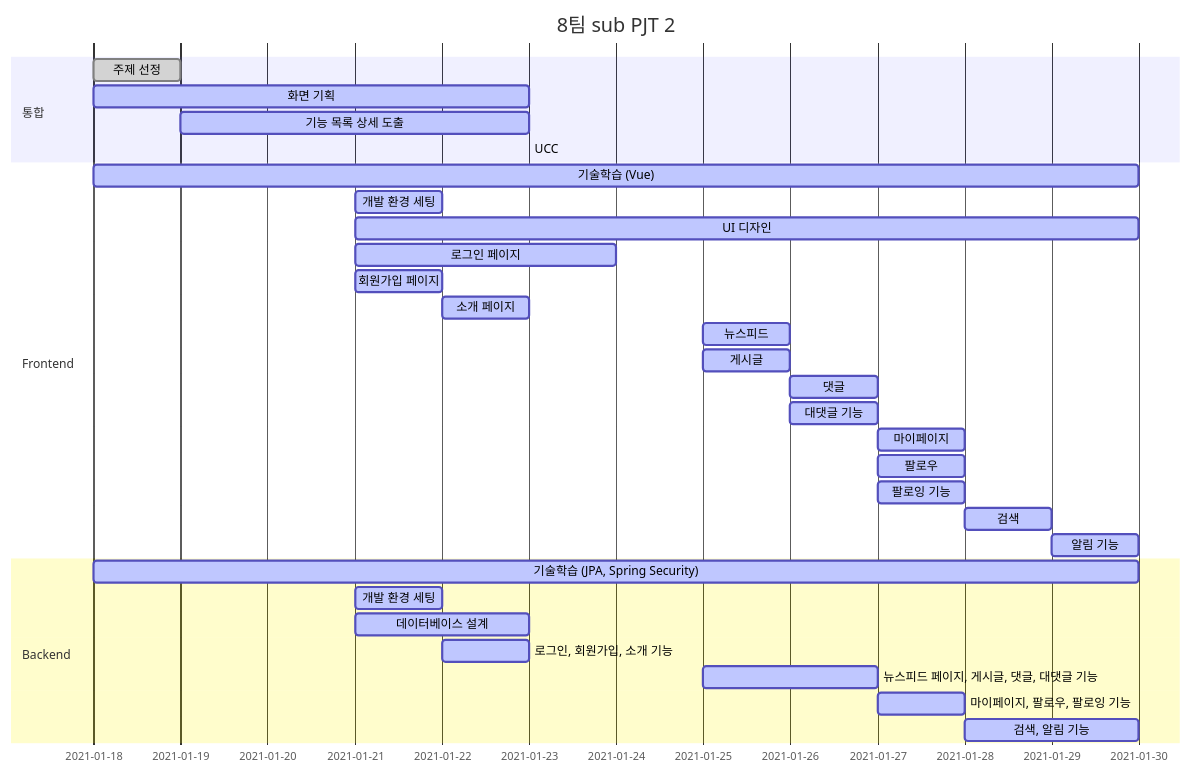
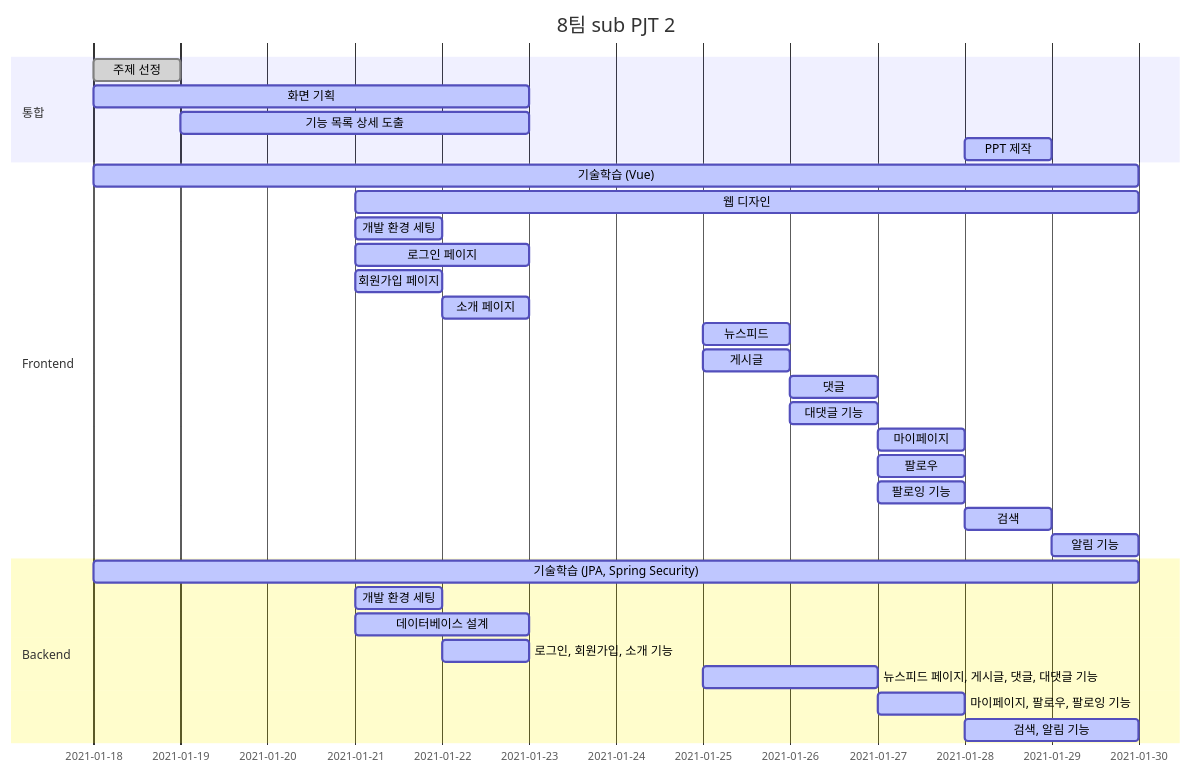
The diagram in README.md (mingddo/3PM), drawn with Mermaid before and after one commit.

````diff
--- a/README.md
+++ b/README.md
@@ -16,40 +16,37 @@
 ```mermaid
 gantt
     dateFormat  YYYY-MM-DD
     title       8팀 sub PJT 2
-    %% excludes    weekends
-    %% (`excludes` accepts specific dates in YYYY-MM-DD format, days of the week ("sunday") or "weekends", but not the word "weekdays".)
 
     section 통합
-    주제 선정                  :done,    2021-01-18, 1d
-    화면 기획                  :active,    2021-01-18, 5d
-    기능 목록 상세 도출          :active,  2021-01-19, 4d
-    UCC :active, 2021-01-
+    주제 선정 :done,    2021-01-18, 1d
+    화면 기획 :active,    2021-01-18, 5d
+    기능 목록 상세 도출 :active,  2021-01-19, 4d
+    PPT 제작 :active, 2021-01-28, 1d
     
     section Frontend
     기술학습 (Vue)      :active, 2021-01-18, 12d
+    웹 디자인           :active, 2021-01-21, 9d
     개발 환경 세팅      :active, 2021-01-21, 1d
-    UI 디자인           :active, 2021-01-21, 9d
-    로그인 페이지       :active, 2021-01-21, 3d
+    로그인 페이지       :active, 2021-01-21, 2d
     회원가입 페이지     :active, 2021-01-21, 1d
     소개 페이지         :active, 2021-01-22, 1d
-    
     뉴스피드:active, 2021-01-25, 1d
     게시글  :active, 2021-01-25, 1d
     댓글 :active, 2021-01-26, 1d
     대댓글 기능    :active, 2021-01-26, 1d
     마이페이지  :active, 2021-01-27, 1d
     팔로우  :active, 2021-01-27, 1d
     팔로잉 기능 :active, 2021-01-27, 1d
     검색    :active, 2021-01-28, 1d
     알림 기능 :active, 2021-01-29, 1d
 
     section Backend
     기술학습 (JPA, Spring Security)  :active, 2021-01-18, 12d
     개발 환경 세팅 : active, 2021-01-21, 1d
     데이터베이스 설계   : active, 2021-01-21, 2d
     로그인, 회원가입, 소개 기능   :active, 2021-01-22, 1d
     뉴스피드 페이지, 게시글, 댓글, 대댓글 기능    :active, 2021-01-25, 2d
     마이페이지, 팔로우, 팔로잉 기능 :active, 2021-01-27, 1d
     검색, 알림 기능 :active, 2021-01-28, 2d
 ```
````
